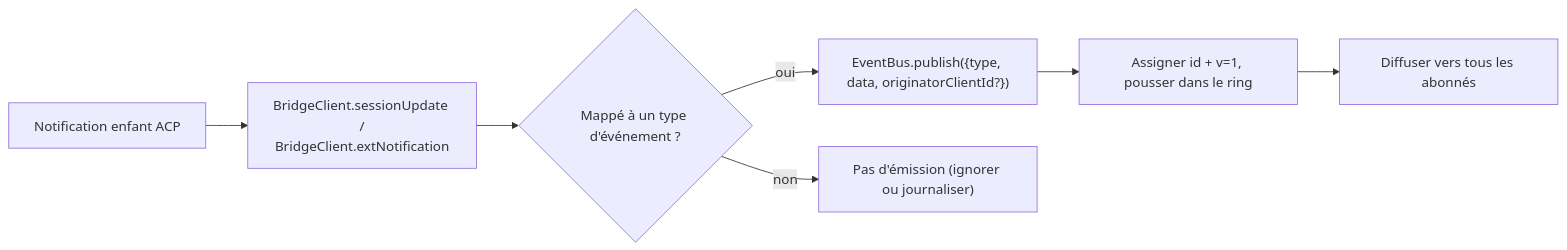
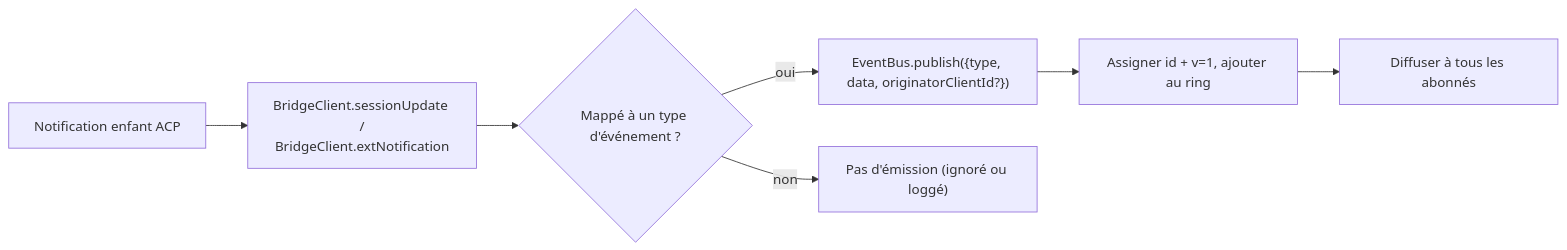
The first of 2 diagrams in website/content/fr/developers/daemon/09-event-schema.md (QwenLM/qwen-code-docs), drawn with Mermaid before and after one commit. The commit also changed other lines of this file and 162 other files, not shown here.

````diff
--- a/website/content/fr/developers/daemon/09-event-schema.md
+++ b/website/content/fr/developers/daemon/09-event-schema.md
@@ -167,9 +181,9 @@
 ```mermaid
 flowchart LR
     A["Notification enfant ACP"] --> B["BridgeClient.sessionUpdate /<br/>BridgeClient.extNotification"]
     B --> C{"Mappé à un type d'événement ?"}
     C -->|oui| D["EventBus.publish({type, data, originatorClientId?})"]
-    C -->|non| E["Pas d'émission (ignorer ou journaliser)"]
-    D --> F["Assigner id + v=1, pousser dans le ring"]
-    F --> G["Diffuser vers tous les abonnés"]
+    C -->|non| E["Pas d'émission (ignoré ou loggé)"]
+    D --> F["Assigner id + v=1, ajouter au ring"]
+    F --> G["Diffuser à tous les abonnés"]
 ```
````
